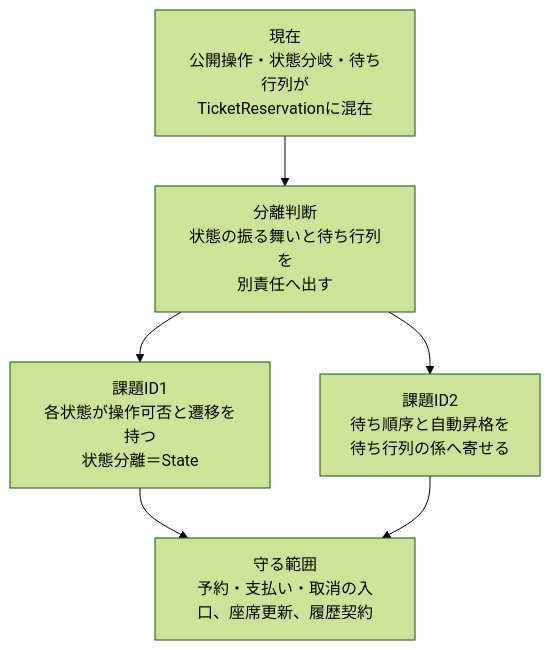
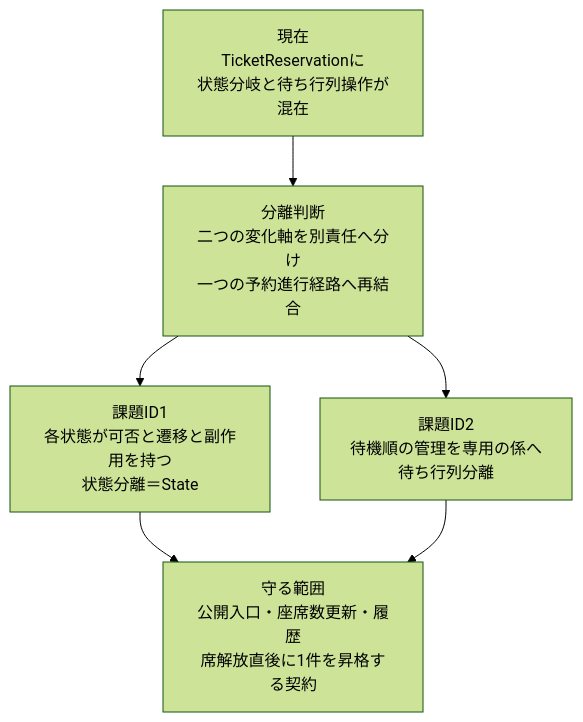
The tenth of 22 diagrams in kindle/design-patterns/output/chapter03.md (kumachan1101-pixel/DesignPattern), drawn with Mermaid (forest theme) before and after one commit. The commit also changed other lines of this file and 3 other files, not shown here.

````diff
--- a/kindle/design-patterns/output/chapter03.md
+++ b/kindle/design-patterns/output/chapter03.md
@@ -1422,8 +1422,8 @@
 ```mermaid
 flowchart TB
-    A[現在<br/>公開操作・状態分岐・待ち行列が<br/>TicketReservationに混在] --> B[分離判断<br/>状態の振る舞いと待ち行列を<br/>別責任へ出す]
-    B --> C[課題ID1<br/>各状態が操作可否と遷移を持つ<br/>状態分離＝State]
-    B --> D[課題ID2<br/>待ち順序と自動昇格を<br/>待ち行列の係へ寄せる]
-    C --> E[守る範囲<br/>予約・支払い・取消の入口、座席更新、履歴契約]
+    A[現在<br/>TicketReservationに<br/>状態分岐と待ち行列操作が混在] --> B[分離判断<br/>二つの変化軸を別責任へ分け<br/>一つの予約進行経路へ再結合]
+    B --> C[課題ID1<br/>各状態が可否と遷移と副作用を持つ<br/>状態分離＝State]
+    B --> D[課題ID2<br/>待機順の管理を専用の係へ<br/>待ち行列分離]
+    C --> E[守る範囲<br/>公開入口・座席数更新・履歴<br/>席解放直後に1件を昇格する契約]
     D --> E
 ```
````
